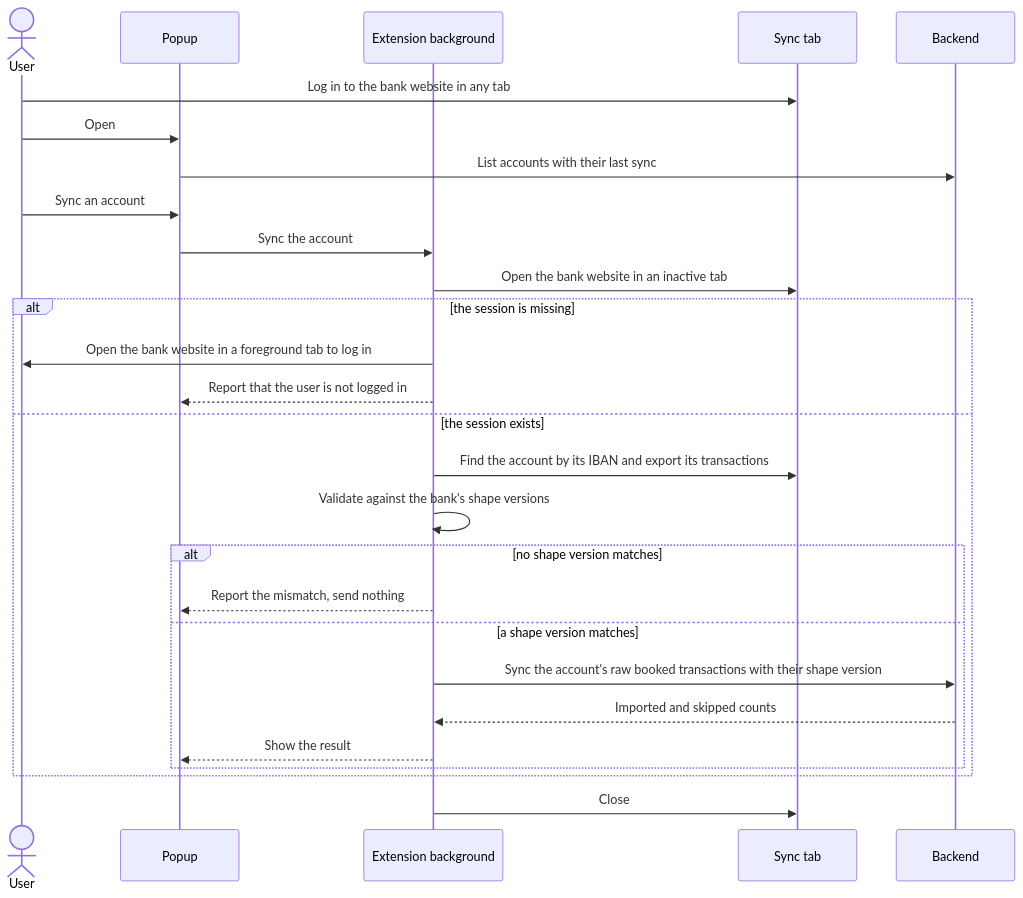
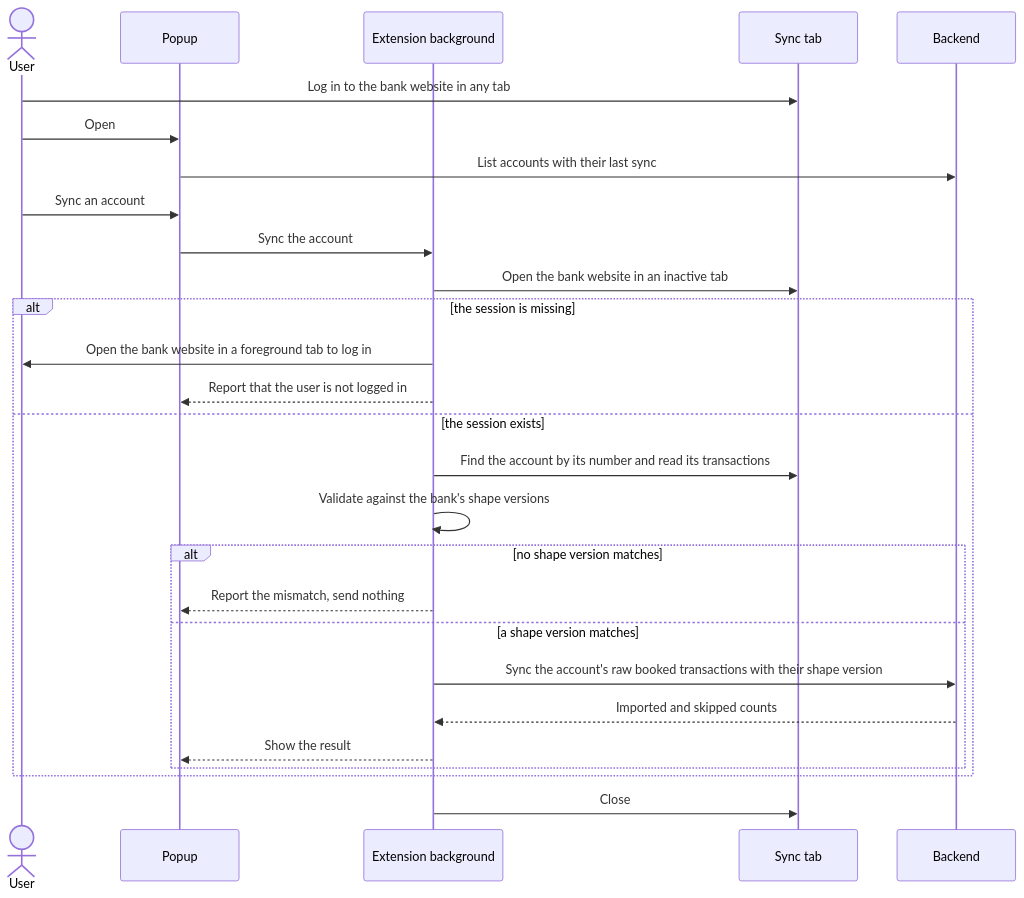
Before and after one commit to lennartmoeller/finance-tracker: the third of 5 diagrams in docs/architecture.md, drawn with Mermaid. The commit also changed other lines of this file and 21 other files, not shown here.

````diff
--- a/docs/architecture.md
+++ b/docs/architecture.md
@@ -75,29 +76,29 @@
 ```mermaid
 sequenceDiagram
   actor User
   participant Popup
   participant Ext as Extension background
   participant Tab as Sync tab
   participant BE as Backend
   User->>Tab: Log in to the bank website in any tab
   User->>Popup: Open
   Popup->>BE: List accounts with their last sync
   User->>Popup: Sync an account
   Popup->>Ext: Sync the account
   Ext->>Tab: Open the bank website in an inactive tab
   alt the session is missing
     Ext->>User: Open the bank website in a foreground tab to log in
     Ext-->>Popup: Report that the user is not logged in
   else the session exists
-    Ext->>Tab: Find the account by its IBAN and export its transactions
+    Ext->>Tab: Find the account by its number and read its transactions
     Ext->>Ext: Validate against the bank's shape versions
     alt no shape version matches
       Ext-->>Popup: Report the mismatch, send nothing
     else a shape version matches
       Ext->>BE: Sync the account's raw booked transactions with their shape version
       BE-->>Ext: Imported and skipped counts
       Ext-->>Popup: Show the result
     end
   end
   Ext->>Tab: Close
 ```
````
